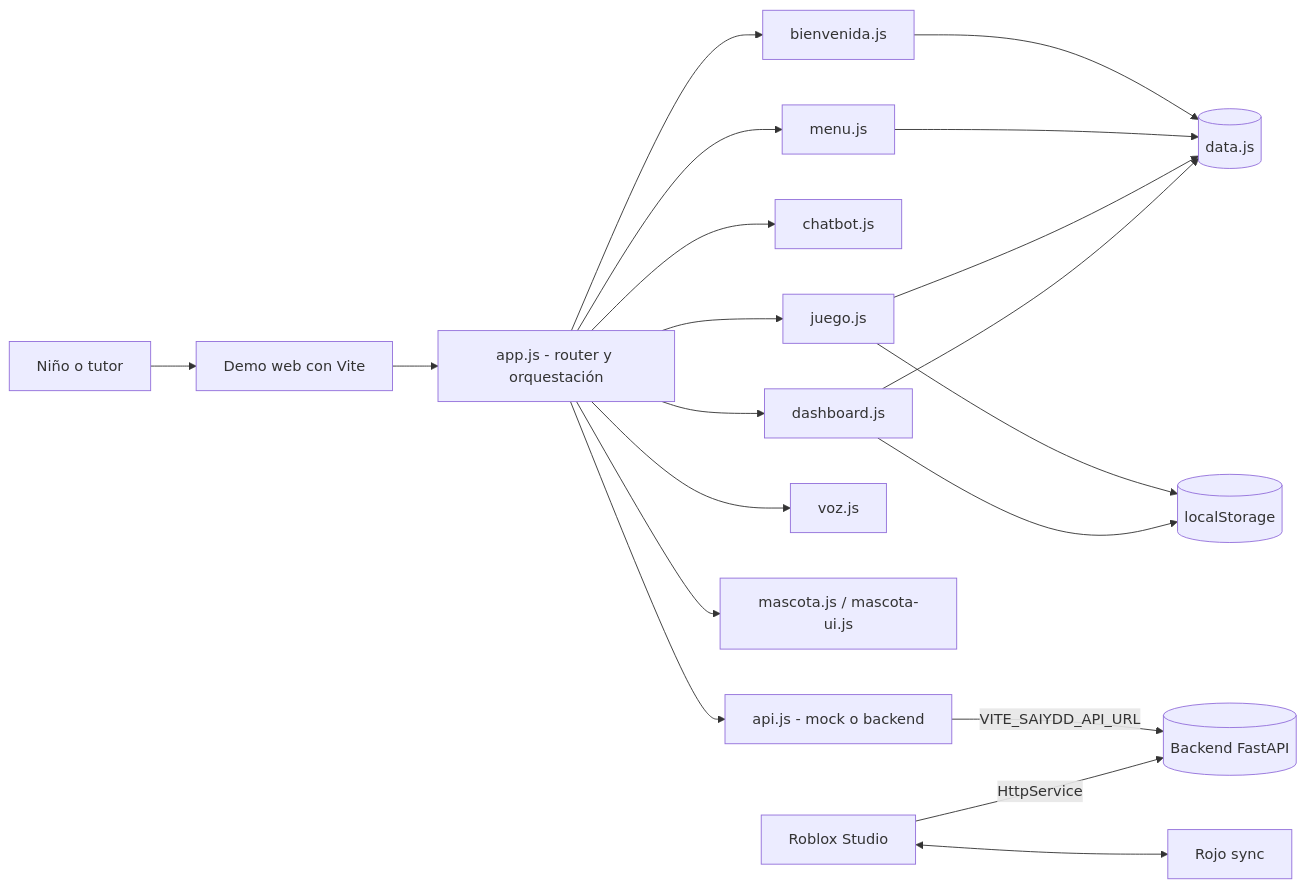
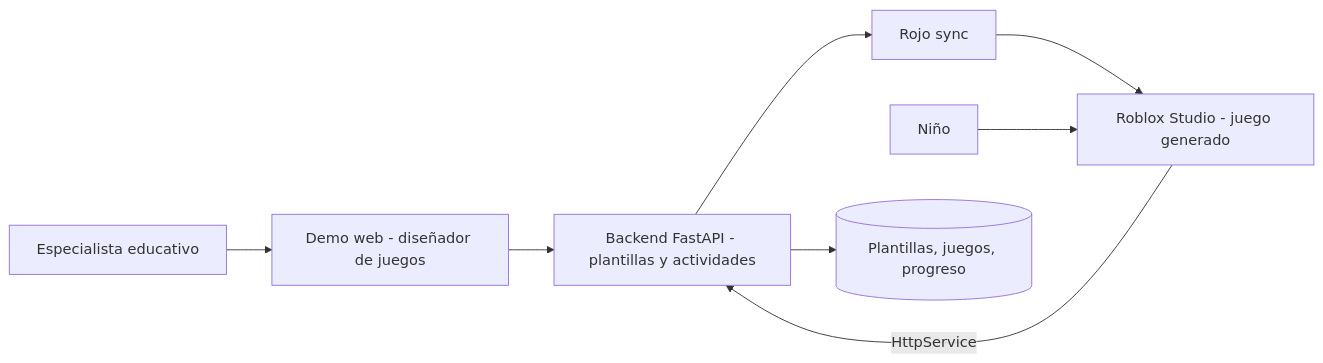
The first of 4 diagrams in README.md (gproatechnology/GProA_SAIyDD), drawn with Mermaid before and after one commit. The commit also changed other lines of this file and 4 other files, not shown here.

Commit message:
docs(readme): reestructurar a plataforma generadora de juegos vía Rojo; feat(coopa): endpoint DELETE /api/children/{childId} derecho al olvido

````diff
--- a/README.md
+++ b/README.md
@@ -22,22 +13,10 @@
 ```mermaid
 flowchart LR
-    U[Niño o tutor] --> W[Demo web con Vite]
-    W --> A[app.js - router y orquestación]
-    A --> B[bienvenida.js]
-    A --> M[menu.js]
-    A --> C[chatbot.js]
-    A --> J[juego.js]
-    A --> G[dashboard.js]
-    A --> V[voz.js]
-    A --> P[mascota.js / mascota-ui.js]
-    B --> D[(data.js)]
-    M --> D
-    J --> D
-    G --> D
-    J --> L[(localStorage)]
-    G --> L
-    A --> API[api.js - mock o backend]
-    API -- VITE_SAIYDD_API_URL --> BE[(Backend FastAPI)]
-    X[Roblox Studio] -- HttpService --> BE
-    X <--> ROJO[Rojo sync]
+    E[Especialista educativo] --> D[Demo web - diseñador de juegos]
+    D --> B[Backend FastAPI - plantillas y actividades]
+    B --> R[Rojo sync]
+    R --> S[Roblox Studio - juego generado]
+    N[Niño] --> S
+    S -->|HttpService| B
+    B --> DB[(Plantillas, juegos, progreso)]
 ```
````
